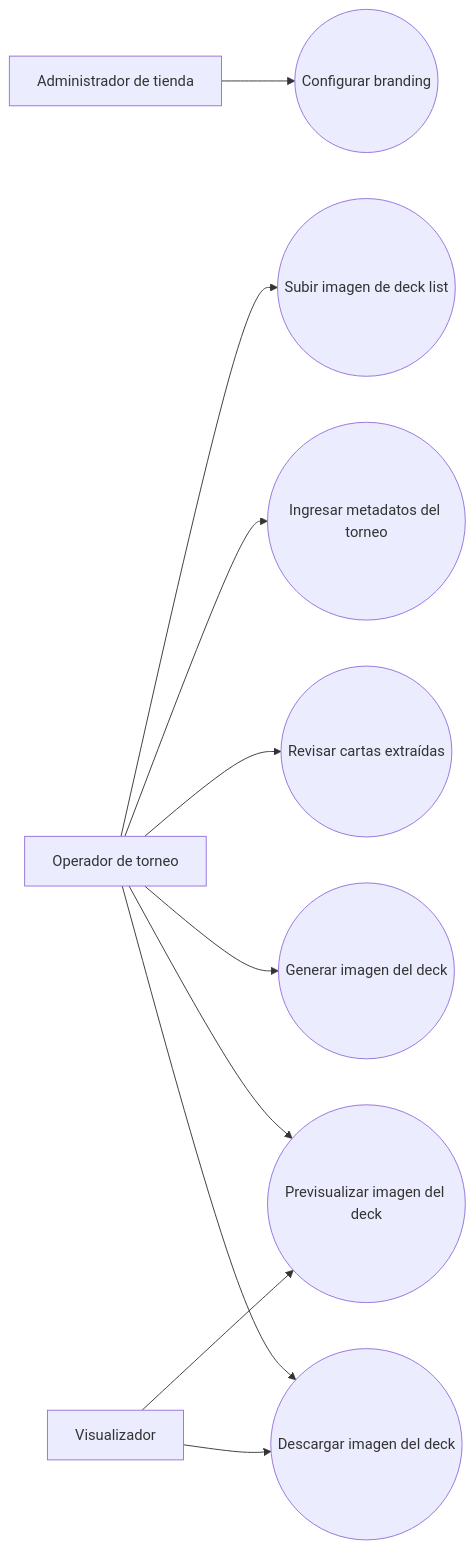
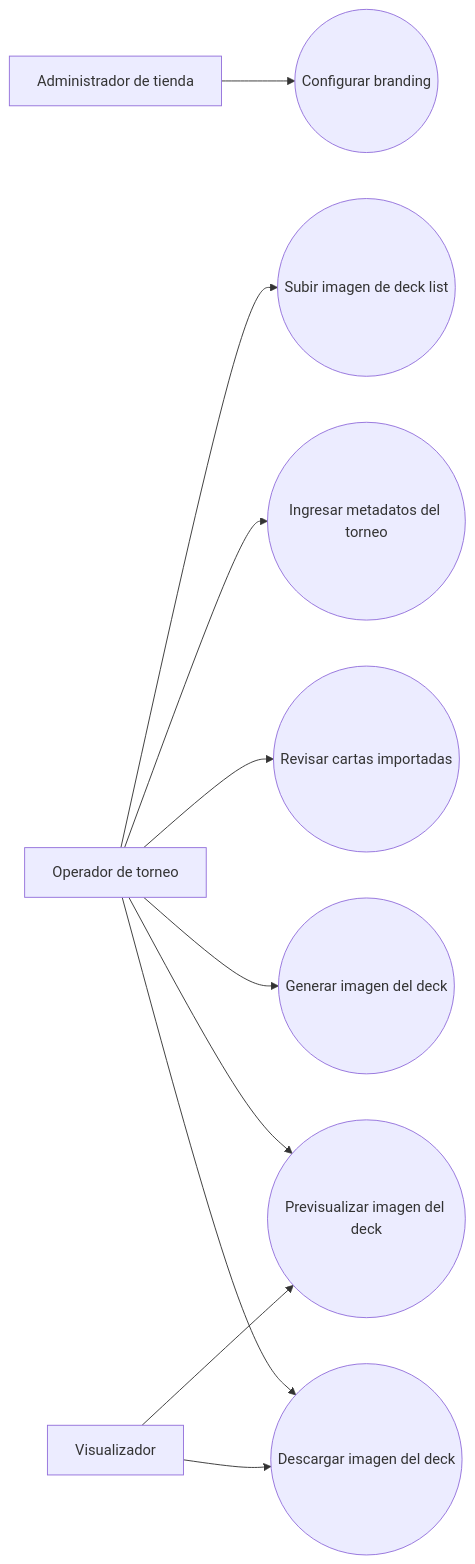
Before and after one commit to itachi364/YugiDeckStudio: the diagram in specs/diagrams/use-case.mmd, drawn with Mermaid. The commit also changed 63 other files, not shown here.

```diff
--- a/specs/diagrams/use-case.mmd
+++ b/specs/diagrams/use-case.mmd
@@ -1,22 +1,22 @@
 flowchart LR
     StoreAdmin[Administrador de tienda]
     Operator[Operador de torneo]
     Viewer[Visualizador]
 
     UC1((Configurar branding))
     UC2((Subir imagen de deck list))
     UC3((Ingresar metadatos del torneo))
-    UC4((Revisar cartas extraídas))
+    UC4((Revisar cartas importadas))
     UC5((Generar imagen del deck))
     UC6((Previsualizar imagen del deck))
     UC7((Descargar imagen del deck))
 
     StoreAdmin --> UC1
     Operator --> UC2
     Operator --> UC3
     Operator --> UC4
     Operator --> UC5
     Operator --> UC6
     Viewer --> UC6
     Operator --> UC7
     Viewer --> UC7
```
